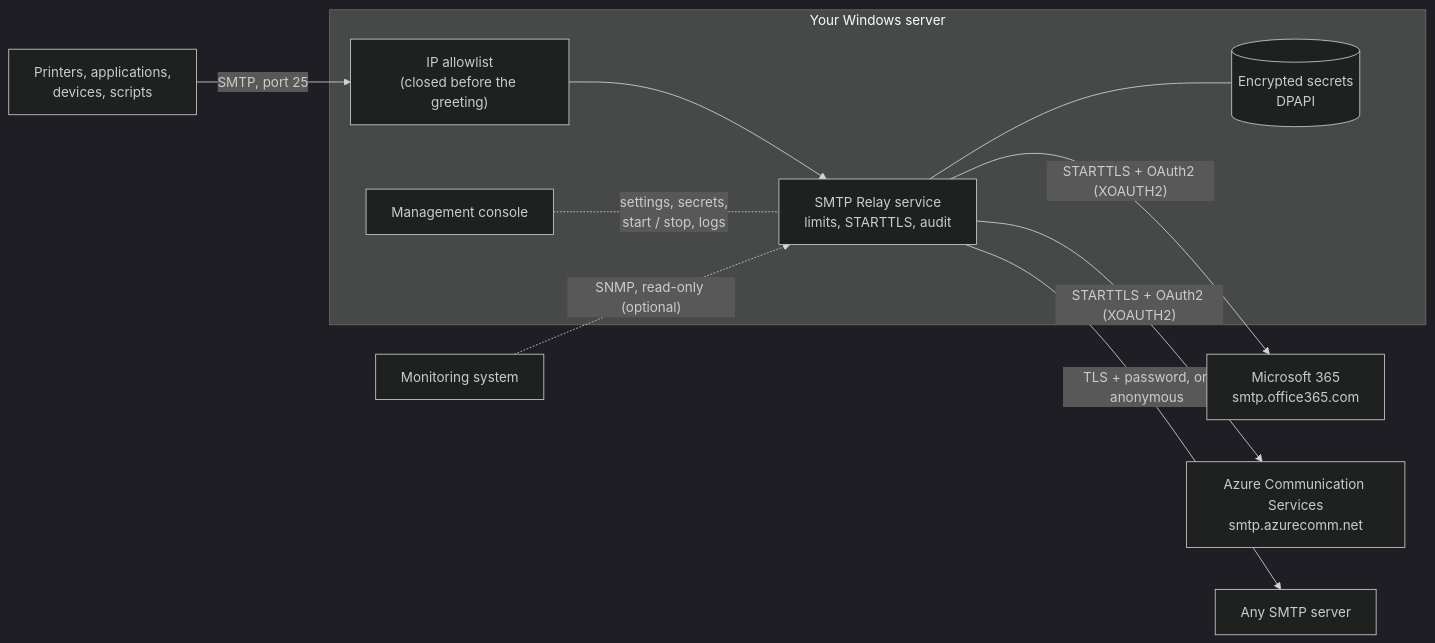
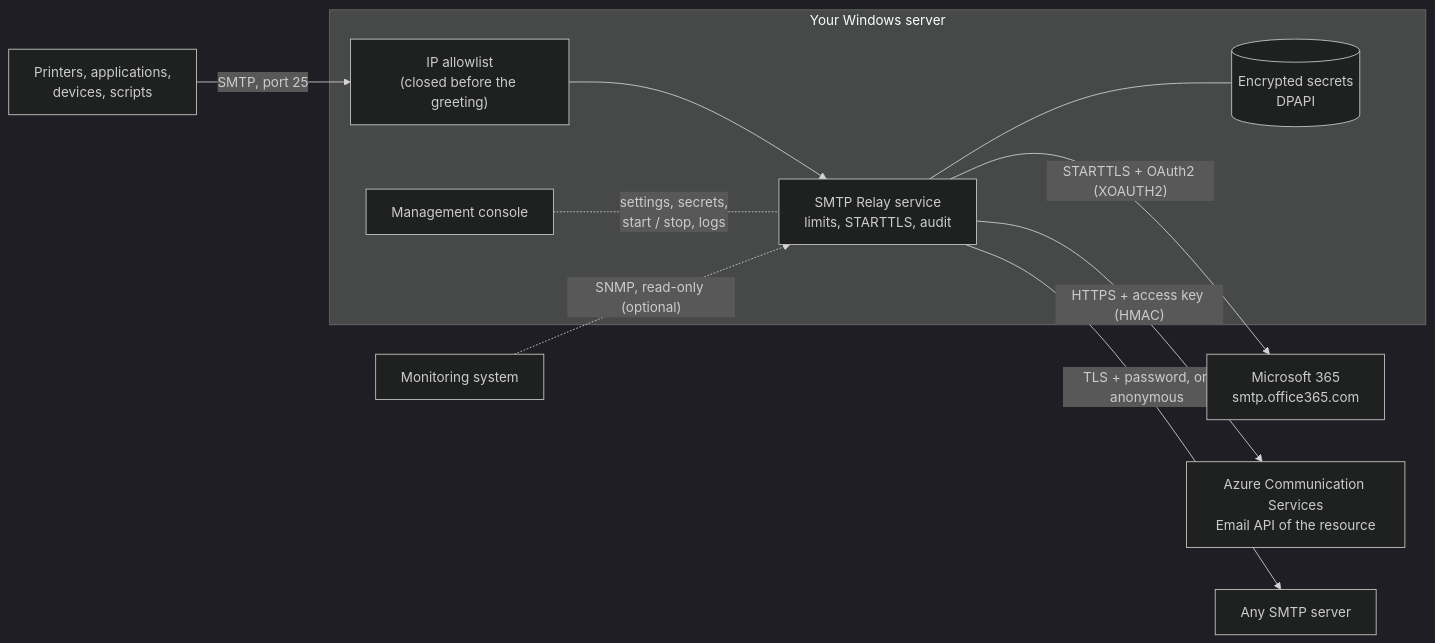
Before and after one commit to NEXQsrl/SMTP-Relay: the diagram in README.md, drawn with Mermaid (dark theme). The commit also changed other lines of this file and 28 other files, not shown here.

First line of the commit message:
feat: Implement Azure Communication Services support with connection string

````diff
--- a/README.md
+++ b/README.md
@@ -367,22 +395,22 @@
 ```mermaid
 flowchart LR
     devices["Printers, applications,<br/>devices, scripts"]
     subgraph server["Your Windows server"]
         gate["IP allowlist<br/>(closed before the greeting)"]
         relay["SMTP Relay service<br/>limits, STARTTLS, audit"]
         secrets[("Encrypted secrets<br/>DPAPI")]
         console["Management console"]
         gate --> relay
         relay --- secrets
         console -. "settings, secrets,<br/>start / stop, logs" .- relay
     end
     m365["Microsoft 365<br/>smtp.office365.com"]
-    acs["Azure Communication Services<br/>smtp.azurecomm.net"]
+    acs["Azure Communication Services<br/>Email API of the resource"]
     other["Any SMTP server"]
     nms["Monitoring system"]
     devices -- "SMTP, port 25" --> gate
     relay -- "STARTTLS + OAuth2 (XOAUTH2)" --> m365
-    relay -- "STARTTLS + OAuth2 (XOAUTH2)" --> acs
+    relay -- "HTTPS + access key (HMAC)" --> acs
     relay -- "TLS + password, or anonymous" --> other
     nms -. "SNMP, read-only (optional)" .-> relay
 ```
````
